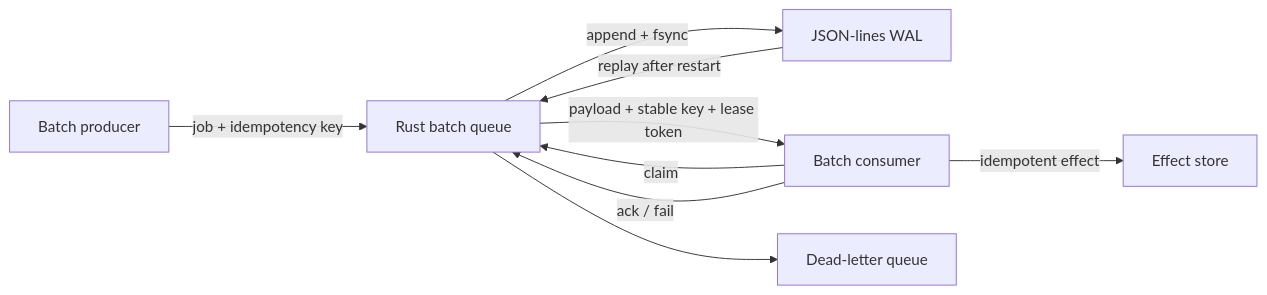
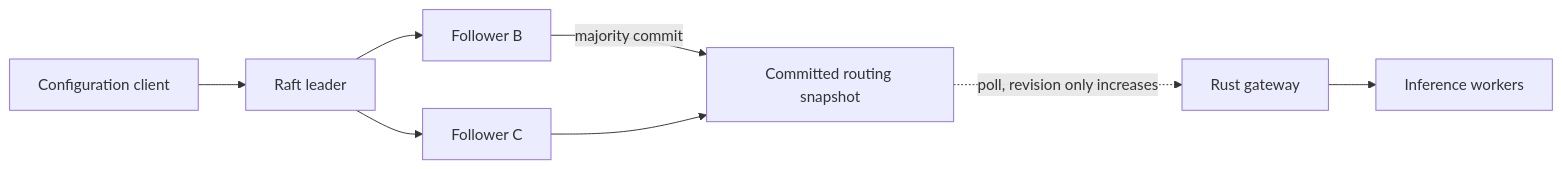
One commit to conan505/inferLab changed the diagram in README.md. Above: the diagram before and after it, drawn with Mermaid. The commit also changed other lines of this file and 46 other files, not shown here.

````diff
--- a/README.md
+++ b/README.md
@@ -14,11 +14,10 @@
 ```mermaid
 flowchart LR
-    P["Batch producer"] -->|"job + idempotency key"| Q["Rust batch queue"]
-    Q -->|"append + fsync"| W["JSON-lines WAL"]
-    W -->|"replay after restart"| Q
-    C["Batch consumer"] -->|"claim"| Q
-    Q -->|"payload + stable key + lease token"| C
-    C -->|"idempotent effect"| S["Effect store"]
-    C -->|"ack / fail"| Q
-    Q --> D["Dead-letter queue"]
+    O["Configuration client"] --> L["Raft leader"]
+    L --> B["Follower B"]
+    L --> C["Follower C"]
+    B -->|"majority commit"| S["Committed routing snapshot"]
+    C --> S
+    S -. "poll, revision only increases" .-> G["Rust gateway"]
+    G --> W["Inference workers"]
 ```
````
